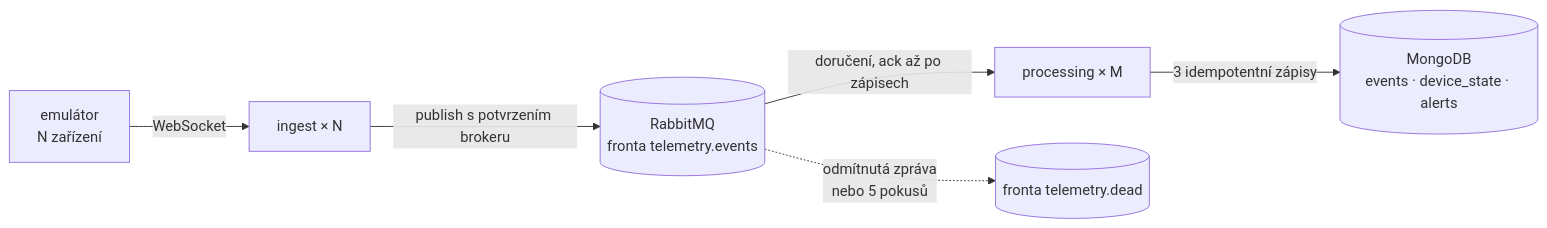
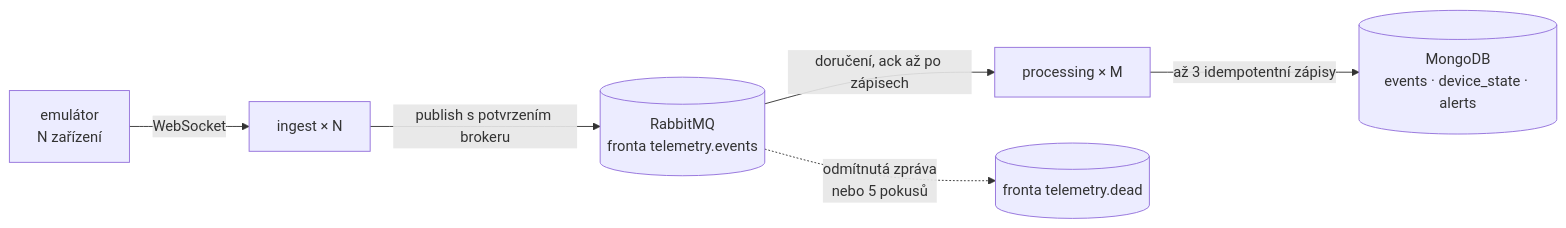
Before and after one commit to robertanton81/signage-os-task: the diagram in README.md, drawn with Mermaid.

Commit message:
Update README to clarify processing idempotent writes

````diff
--- a/README.md
+++ b/README.md
@@ -9,8 +9,8 @@
 ```mermaid
 flowchart LR
   E["emulátor<br/>N zařízení"] -->|WebSocket| I["ingest × N"]
   I -->|"publish s potvrzením brokeru"| Q[("RabbitMQ<br/>fronta telemetry.events")]
   Q -->|"doručení, ack až po zápisech"| P["processing × M"]
   Q -.->|"odmítnutá zpráva<br/>nebo 5 pokusů"| D[("fronta telemetry.dead")]
-  P -->|"3 idempotentní zápisy"| M[("MongoDB<br/>events · device_state · alerts")]
+  P -->|"až 3 idempotentní zápisy"| M[("MongoDB<br/>events · device_state · alerts")]
 ```
````
